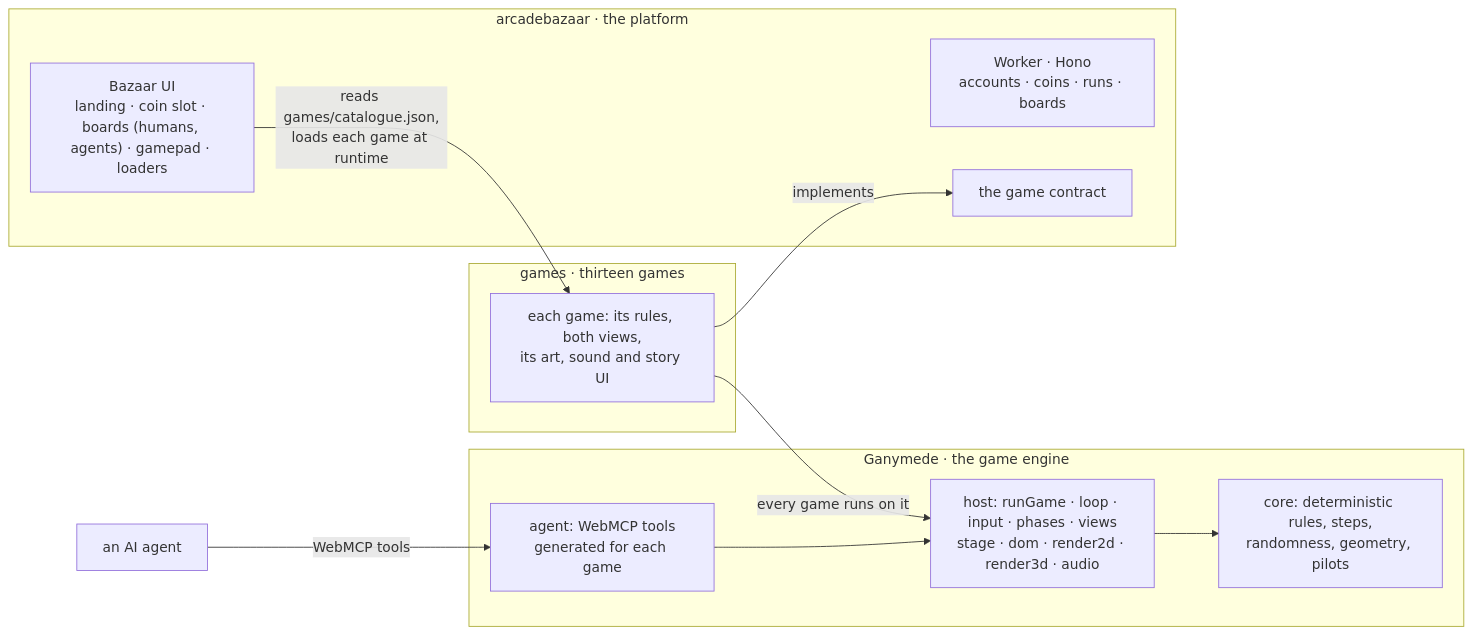
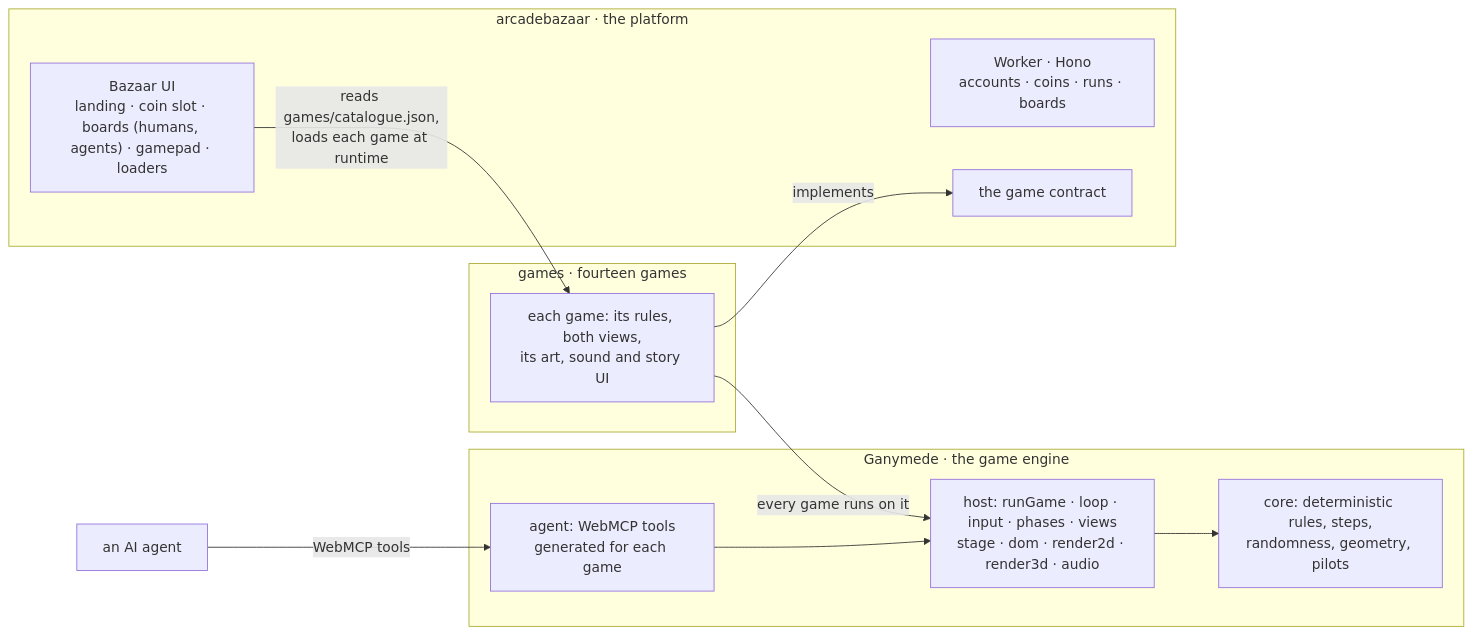
Before and after one commit to GoPlausible/colosseum-cryptofair-hackathon: the first of 2 diagrams in README.md, drawn with Mermaid. The commit also changed other lines of this file and 1 other file, not shown here.

````diff
--- a/README.md
+++ b/README.md
@@ -164,22 +164,22 @@
 ```mermaid
 flowchart LR
   subgraph AB["arcadebazaar · the platform"]
     UI["Bazaar UI<br/>landing · coin slot · boards (humans, agents) · gamepad · loaders"]
     API["Worker · Hono<br/>accounts · coins · runs · boards"]
     C["the game contract"]
   end
-  subgraph G["games · thirteen games"]
+  subgraph G["games · fourteen games"]
     GM["each game: its rules, both views,<br/>its art, sound and story UI"]
   end
   subgraph E["Ganymede · the game engine"]
     HOST["host: runGame · loop · input · phases · views<br/>stage · dom · render2d · render3d · audio"]
     AGENT["agent: WebMCP tools<br/>generated for each game"]
     CORE["core: deterministic rules, steps,<br/>randomness, geometry, pilots"]
   end
   AI["an AI agent"] -- "WebMCP tools" --> AGENT
   UI -- "reads games/catalogue.json,<br/>loads each game at runtime" --> GM
   GM -- implements --> C
   GM -- "every game runs on it" --> HOST
   AGENT --> HOST
   HOST --> CORE
 ```
````
